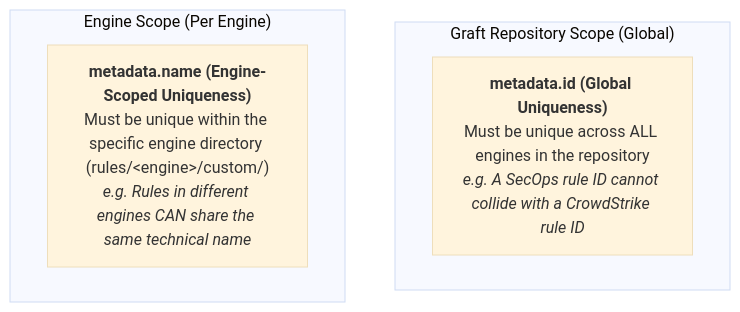
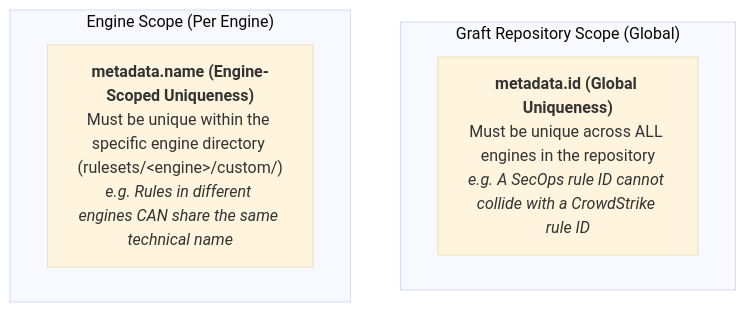
The second of 2 diagrams in docs/analysts/rule_authoring.md (lopes/graft), drawn with Mermaid (base theme) before and after one commit. The commit also changed other lines of this file and 15 other files, not shown here.

````diff
--- a/docs/analysts/rule_authoring.md
+++ b/docs/analysts/rule_authoring.md
@@ -61,10 +72,10 @@
 ```mermaid
 flowchart TD
     subgraph RepoScope["Graft Repository Scope (Global)"]
         ID["<b>metadata.id (Global Uniqueness)</b><br/>Must be unique across ALL engines in the repository<br/><i>e.g. A SecOps rule ID cannot collide with a CrowdStrike rule ID</i>"]
     end
 
     subgraph EngineScope["Engine Scope (Per Engine)"]
-        NAME["<b>metadata.name (Engine-Scoped Uniqueness)</b><br/>Must be unique within the specific engine directory (rules/&lt;engine&gt;/custom/)<br/><i>e.g. Rules in different engines CAN share the same technical name</i>"]
+        NAME["<b>metadata.name (Engine-Scoped Uniqueness)</b><br/>Must be unique within the specific engine directory (rulesets/&lt;engine&gt;/custom/)<br/><i>e.g. Rules in different engines CAN share the same technical name</i>"]
     end
 ```
````
